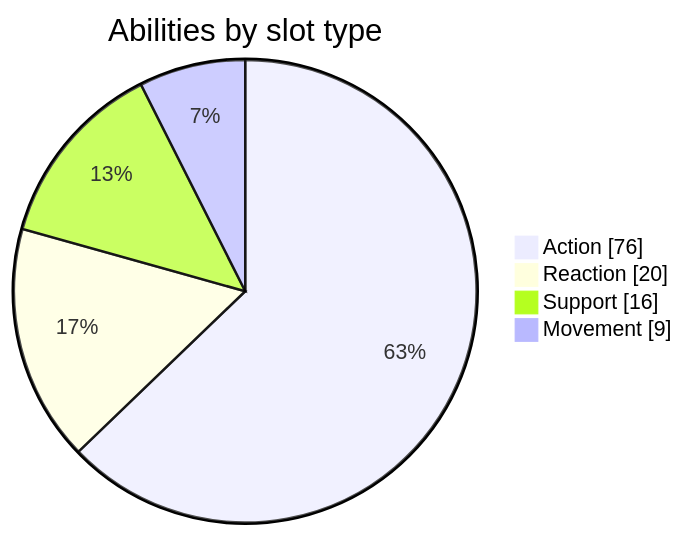
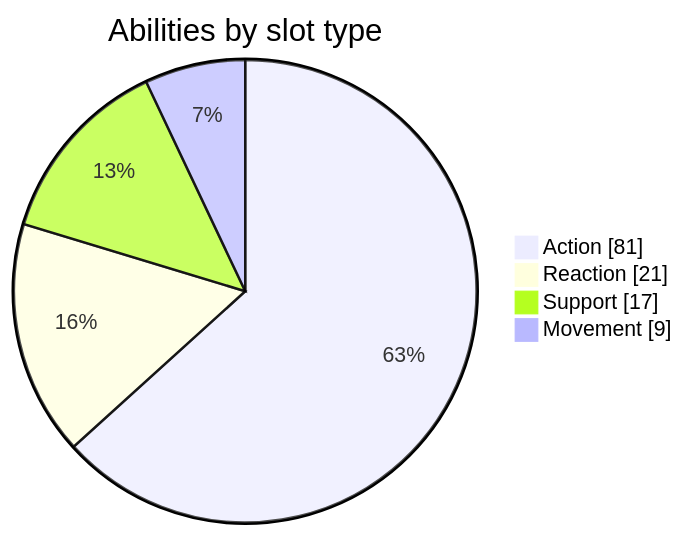
Before and after one commit to CptNope/Chess-RPG-Tactics: the second of 4 diagrams in docs/CONTENT_REFERENCE.md, drawn with Mermaid. The commit also changed other lines of this file and 29 other files, not shown here.

````diff
--- a/docs/CONTENT_REFERENCE.md
+++ b/docs/CONTENT_REFERENCE.md
@@ -138,7 +142,7 @@
 ```mermaid
 pie showData title Abilities by slot type
-  "Action" : 76
-  "Reaction" : 20
-  "Support" : 16
+  "Action" : 81
+  "Reaction" : 21
+  "Support" : 17
   "Movement" : 9
 ```
````
